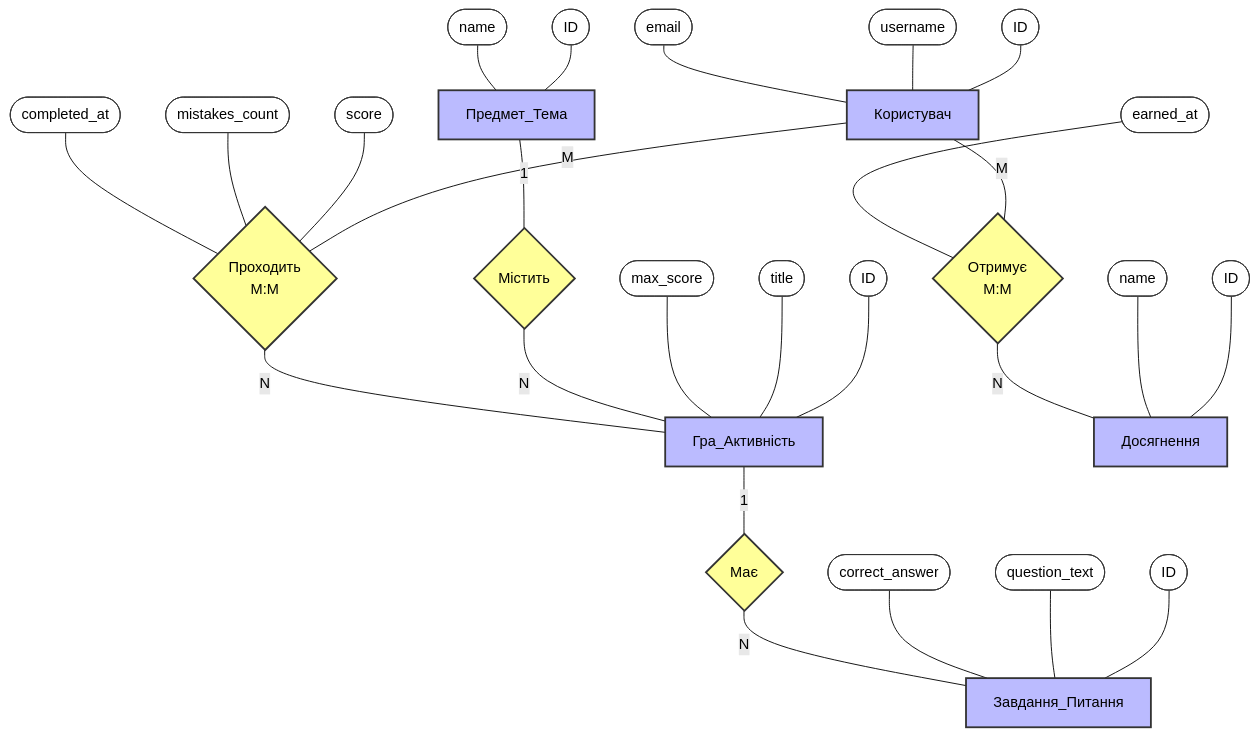
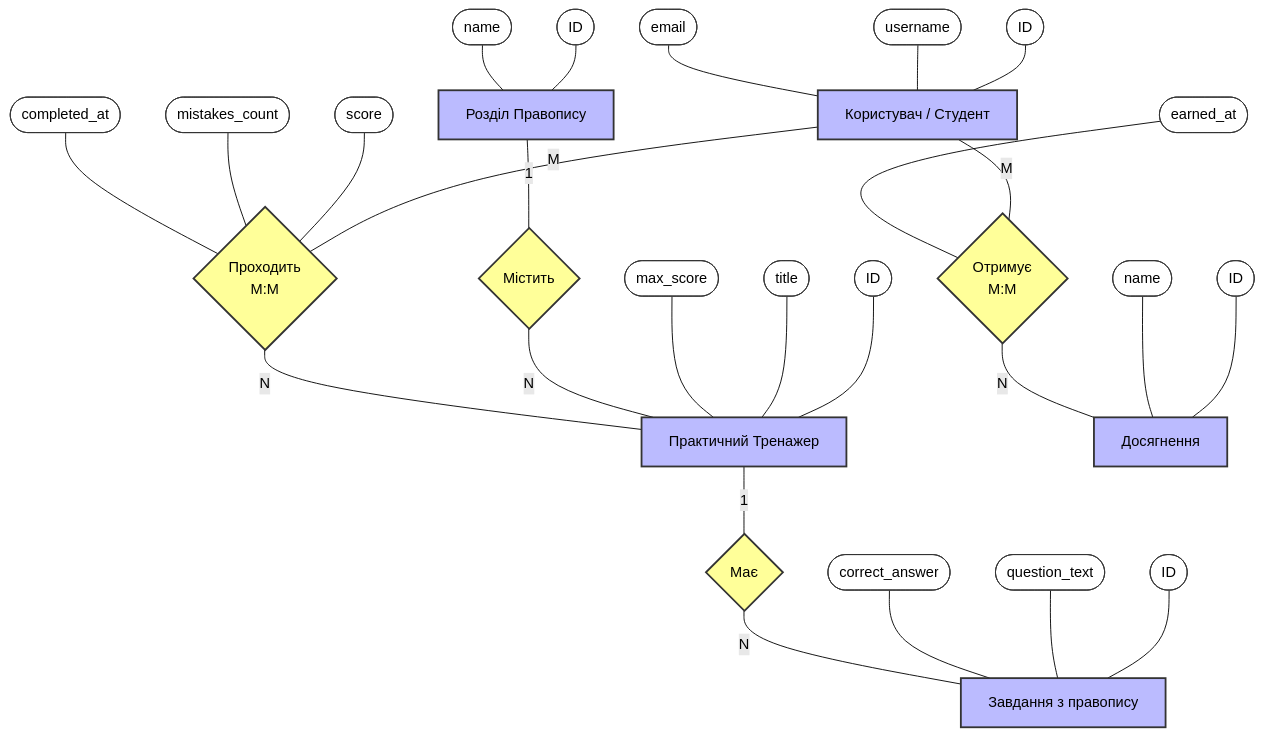
One commit to Zelon4ik/practic_2 changed the first of 2 diagrams in database_design/schemas.md. Above: the diagram before and after it, drawn with Mermaid (forest theme). The commit also changed other lines of this file and 23 other files, not shown here.

````diff
--- a/database_design/schemas.md
+++ b/database_design/schemas.md
@@ -8,62 +8,62 @@
 ```mermaid
 flowchart TD
     %% Стилізація
     classDef entity fill:#bbf,stroke:#333,stroke-width:2px;
     classDef attribute fill:#fff,stroke:#333,stroke-width:1px,rx:20,ry:20;
     classDef relationship fill:#ff9,stroke:#333,stroke-width:2px,shape:diamond;
 
     %% Сутності
-    U[Користувач]:::entity
-    G[Гра_Активність]:::entity
-    S[Предмет_Тема]:::entity
+    U[Користувач / Студент]:::entity
+    G[Практичний Тренажер]:::entity
+    S[Розділ Правопису]:::entity
     A[Досягнення]:::entity
-    Q[Завдання_Питання]:::entity
+    Q[Завдання з правопису]:::entity
 
     %% Атрибути Користувача
     U_id([ID]):::attribute --- U
     U_n([username]):::attribute --- U
     U_e([email]):::attribute --- U
 
-    %% Атрибути Гри
+    %% Атрибути Тренажера
     G_id([ID]):::attribute --- G
     G_t([title]):::attribute --- G
     G_m([max_score]):::attribute --- G
 
     %% Атрибути Завдання
     Q_id([ID]):::attribute --- Q
     Q_text([question_text]):::attribute --- Q
     Q_ans([correct_answer]):::attribute --- Q
 
-    %% Атрибути Предмету
+    %% Атрибути Розділу Правопису
     S_id([ID]):::attribute --- S
     S_n([name]):::attribute --- S
 
     %% Атрибути Досягнення
     A_id([ID]):::attribute --- A
     A_n([name]):::attribute --- A
 
     %% Зв'язки
     S_G{Містить}:::relationship
     S ---|1| S_G
     S_G ---|N| G
 
     G_Q{Має}:::relationship
     G ---|1| G_Q
     G_Q ---|N| Q
 
     U_G{Проходить <br> M:M}:::relationship
     U ---|M| U_G
     U_G ---|N| G
     
-    %% Атрибути зв'язку "Проходить" (те, що пізніше стане таблицею Session)
+    %% Атрибути зв'язку "Проходить" (сесії тренувань)
     Attr1([score]):::attribute --- U_G
     Attr2([mistakes_count]):::attribute --- U_G
     Attr3([completed_at]):::attribute --- U_G
 
     U_A{Отримує <br> M:M}:::relationship
     U ---|M| U_A
     U_A ---|N| A
     
     %% Атрибут зв'язку "Отримує"
     Attr4([earned_at]):::attribute --- U_A
 ```
````
